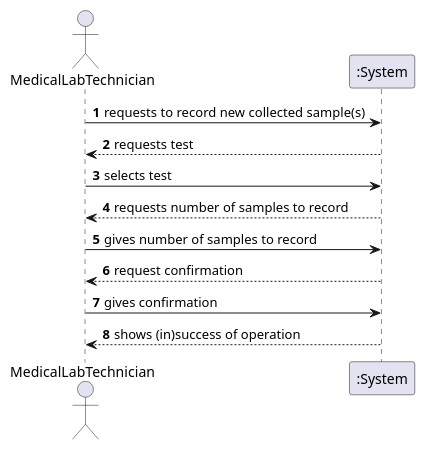
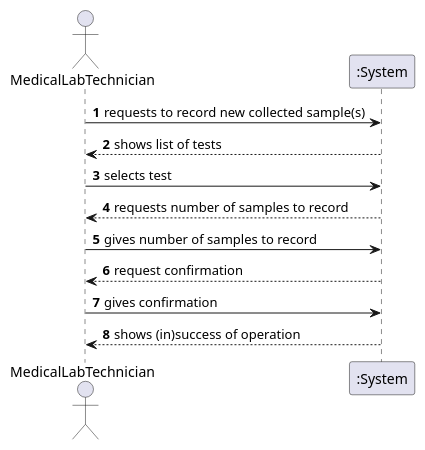
The diagram in docs/SprintC/US5/US5_SSD.puml (MadDinosaur/ISEP-LAPR2), drawn with PlantUML before and after one commit. The commit also changed 9 other files, not shown here.

Commit message:
Updated US5 related files, added class diagram, started SampleUI and SampleController and updated Company.java too

```diff
--- a/docs/SprintC/US5/US5_SSD.puml
+++ b/docs/SprintC/US5/US5_SSD.puml
@@ -1,16 +1,16 @@
 @startuml
 
 autonumber
 
 actor MedicalLabTechnician as mlt
 participant ":System" as sys
 mlt -> sys: requests to record new collected sample(s)
-sys --> mlt: requests test
+sys --> mlt: shows list of tests
 mlt -> sys: selects test
 sys --> mlt: requests number of samples to record
 mlt -> sys: gives number of samples to record
 sys --> mlt: request confirmation
 mlt -> sys: gives confirmation
 sys --> mlt: shows (in)success of operation
 
 @enduml
```
